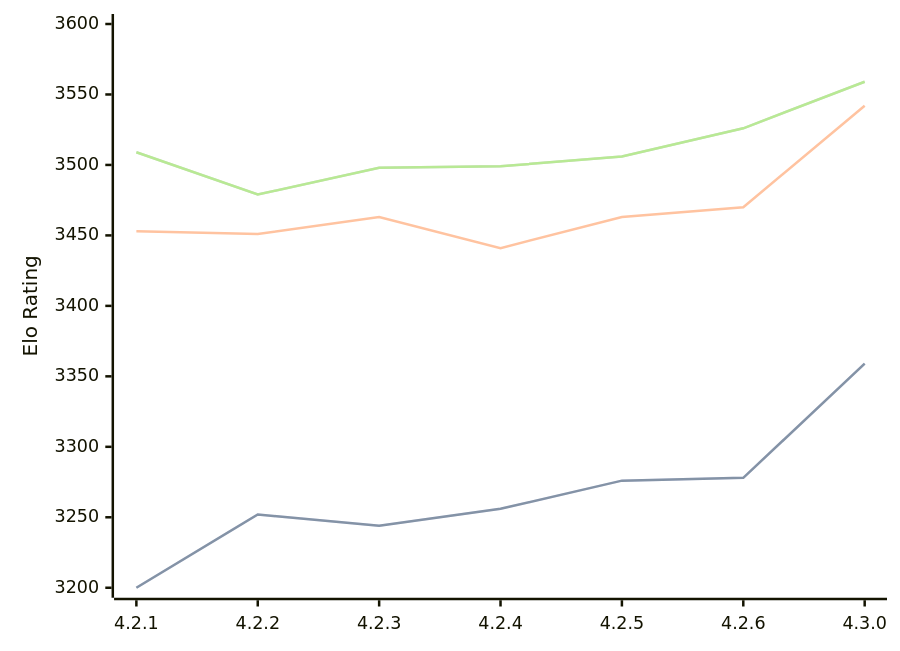
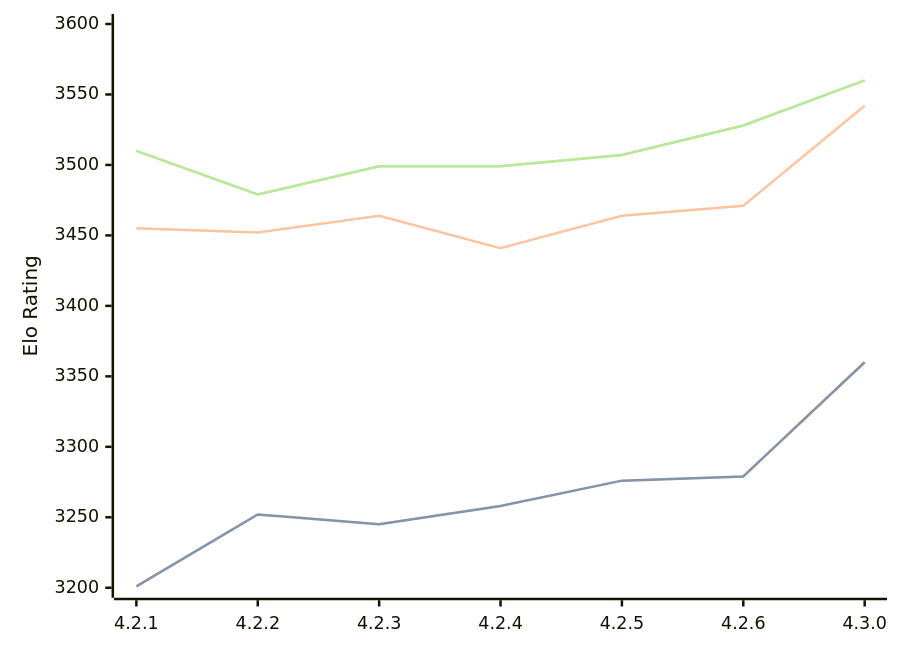
The diagram in engines/Gaia.md (computer-chess-index/cci), drawn with Mermaid before and after one commit. The commit also changed other lines of this file, not shown here.

Commit message:
Update CCI Ratings (ELO VLTC) - 2026-09-16

````diff
--- a/engines/Gaia.md
+++ b/engines/Gaia.md
@@ -42,11 +42,11 @@
 ```mermaid
 %%{init: {"theme":"base","themeVariables":{"seriesColors:['#a3a3a3','#222221','#faa371']}}}%%
 xychart-beta
   x-axis ["4.2.1", "4.2.2", "4.2.3", "4.2.4", "4.2.5", "4.2.6", "4.3.0"]
   y-axis "Elo Rating" 3200 --> 3600
-  line "" [3200, 3252, 3244, 3256, 3276, 3278, 3359]
-  line "STC (8.0+0.08s)" [3200, 3252, 3244, 3256, 3276, 3278, 3359]
-  line "LTC (60.0+0.60s)" [3453, 3451, 3463, 3441, 3463, 3470, 3542]
-  line "" [3509, 3479, 3498, 3499, 3506, 3526, 3559]
-  line "VLTC (2m24s+1.12s)" [3509, 3479, 3498, 3499, 3506, 3526, 3559]
+  line "" [3201, 3252, 3245, 3258, 3276, 3279, 3360]
+  line "STC (8.0+0.08s)" [3201, 3252, 3245, 3258, 3276, 3279, 3360]
+  line "LTC (60.0+0.60s)" [3455, 3452, 3464, 3441, 3464, 3471, 3542]
+  line "" [3510, 3479, 3499, 3499, 3507, 3528, 3560]
+  line "VLTC (2m24s+1.12s)" [3510, 3479, 3499, 3499, 3507, 3528, 3560]
 ```
````
